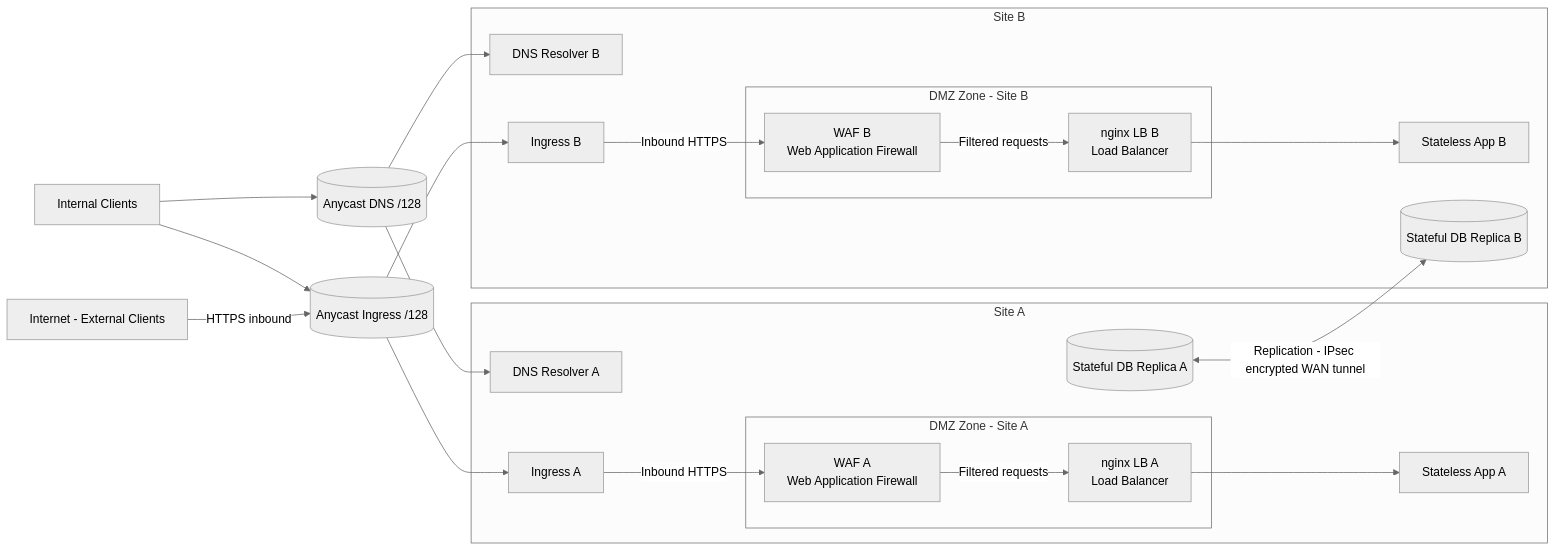
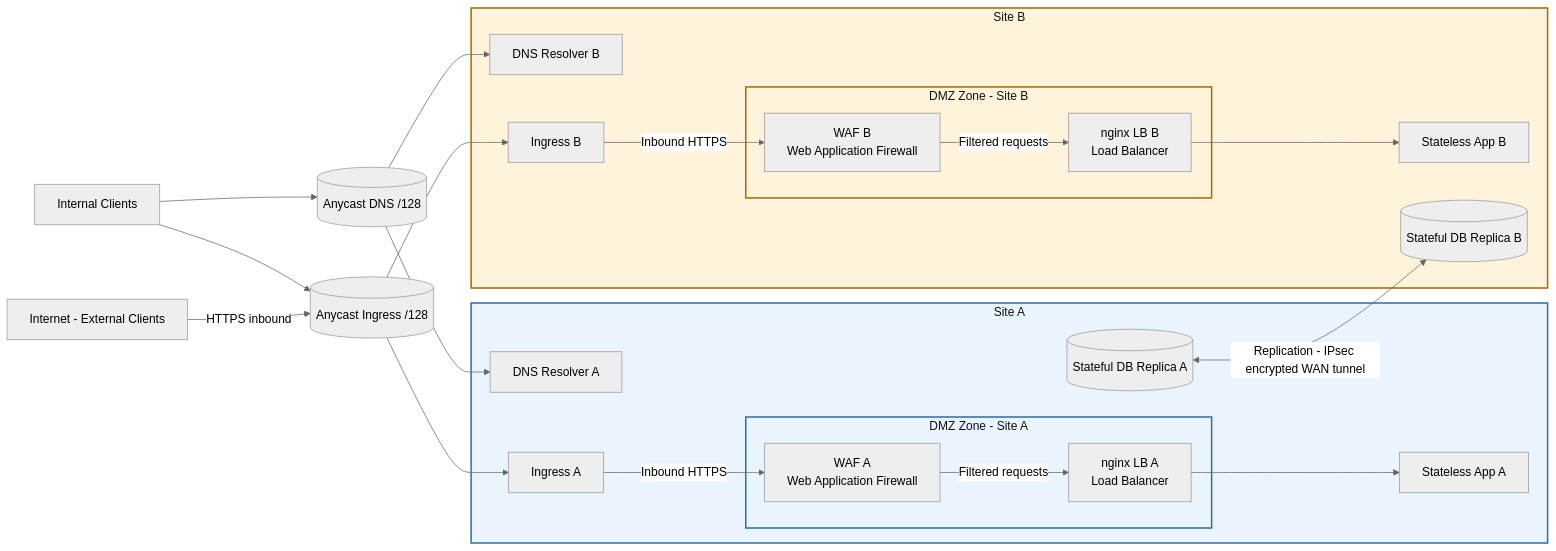
One commit to pancakesaregood/distributed-dc changed the diagram in network-spanned-dc/docs/03_diagrams/services_anycast.mmd.md. Above: the diagram before and after it, drawn with Mermaid (neutral theme). The commit also changed 11 other files, not shown here.

Commit message:
diagram beautification

````diff
--- a/network-spanned-dc/docs/03_diagrams/services_anycast.mmd.md
+++ b/network-spanned-dc/docs/03_diagrams/services_anycast.mmd.md
@@ -3,48 +3,53 @@
 ```mermaid
 graph LR
   U[Internal Clients]
   INET[Internet - External Clients]
   DNSA[(Anycast DNS /128)]
   ING[(Anycast Ingress /128)]
 
   subgraph S1[Site A]
     DNS1[DNS Resolver A]
     IN1[Ingress A]
     subgraph DMZ1[DMZ Zone - Site A]
       WAF1["WAF A<br/>Web Application Firewall"]
       LB1["nginx LB A<br/>Load Balancer"]
     end
     APP1[Stateless App A]
     DB1[(Stateful DB Replica A)]
   end
 
   subgraph S2[Site B]
     DNS2[DNS Resolver B]
     IN2[Ingress B]
     subgraph DMZ2[DMZ Zone - Site B]
       WAF2["WAF B<br/>Web Application Firewall"]
       LB2["nginx LB B<br/>Load Balancer"]
     end
     APP2[Stateless App B]
     DB2[(Stateful DB Replica B)]
   end
 
   U --> DNSA
   U --> ING
   INET -->|HTTPS inbound| ING
 
   DNSA --> DNS1
   DNSA --> DNS2
   ING --> IN1
   ING --> IN2
 
   IN1 -->|Inbound HTTPS| WAF1
   WAF1 -->|Filtered requests| LB1
   LB1 --> APP1
 
   IN2 -->|Inbound HTTPS| WAF2
   WAF2 -->|Filtered requests| LB2
   LB2 --> APP2
 
   DB1 <-->|Replication - IPsec encrypted WAN tunnel| DB2
+
+  style S1 fill:#EAF4FF,stroke:#2E6DA4,stroke-width:2px,color:#111111
+  style DMZ1 fill:#EAF4FF,stroke:#2E6DA4,stroke-width:2px,color:#111111
+  style S2 fill:#FFF4DB,stroke:#A56A00,stroke-width:2px,color:#111111
+  style DMZ2 fill:#FFF4DB,stroke:#A56A00,stroke-width:2px,color:#111111
 ```
````
